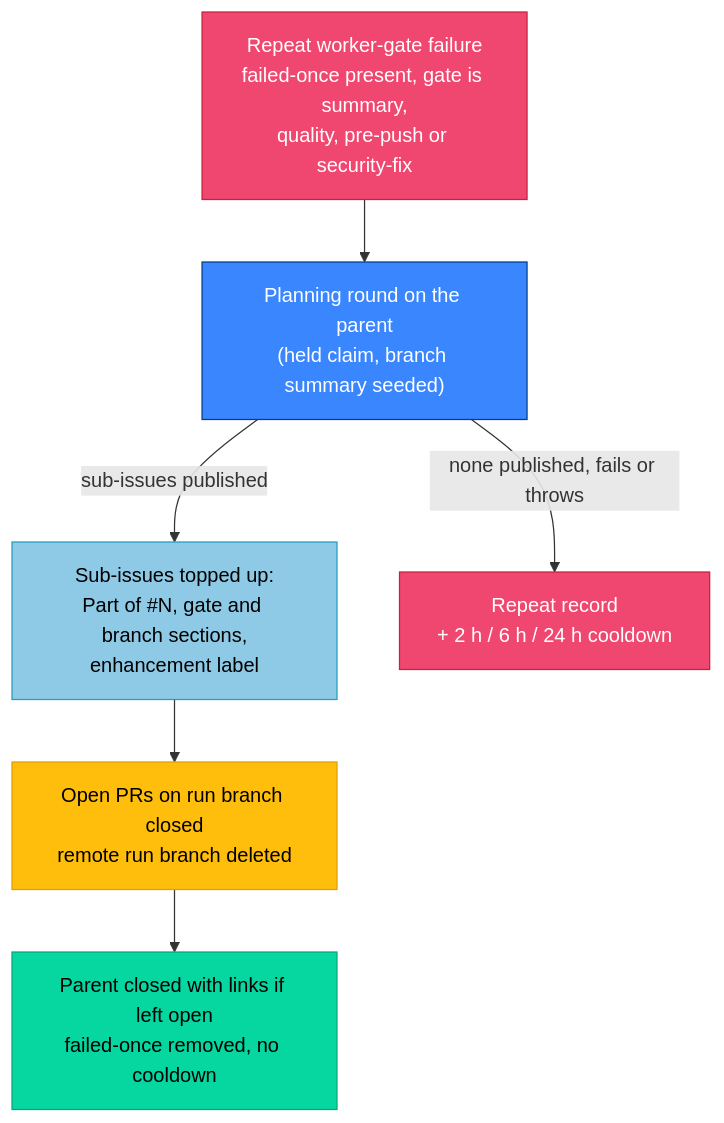
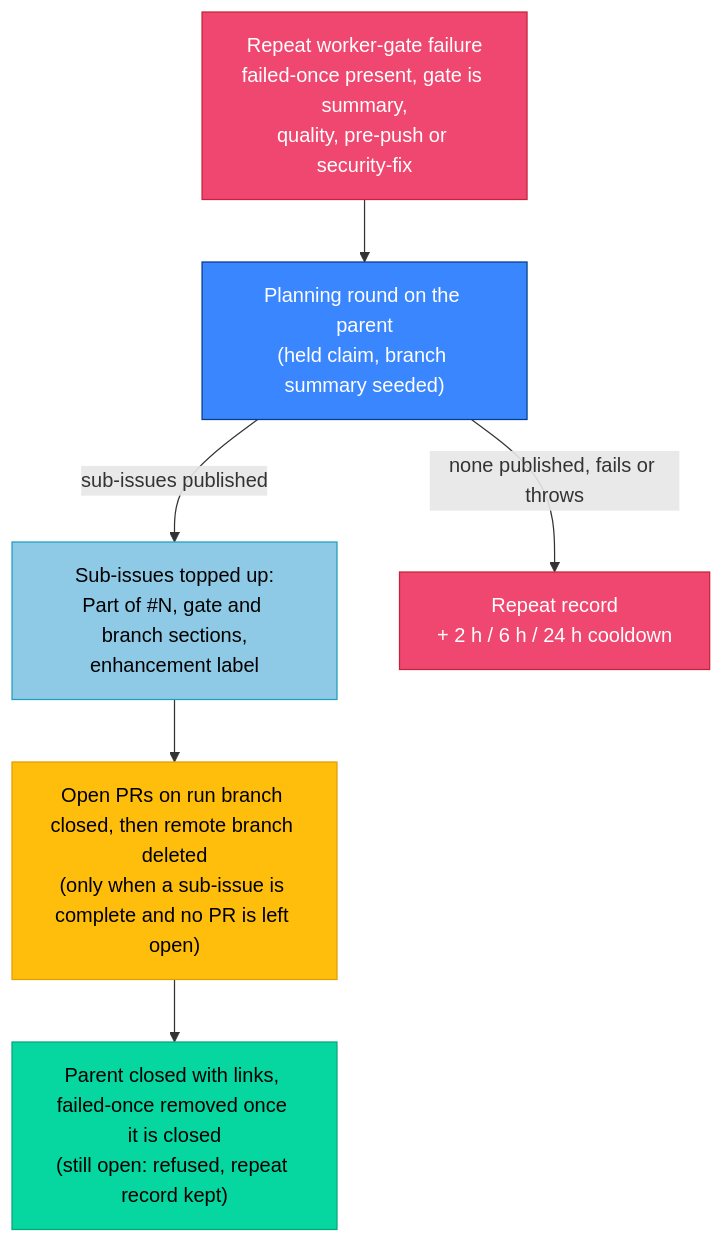
The third of 5 diagrams in docs/USAGE.md (stSoftwareAU/VibeCoder), drawn with Mermaid before and after one commit. The commit also changed other lines of this file and 6 other files, not shown here.

````diff
--- a/docs/USAGE.md
+++ b/docs/USAGE.md
@@ -399,15 +408,15 @@
 ```mermaid
 flowchart TD
     T["Repeat worker-gate failure<br/>failed-once present, gate is summary,<br/>quality, pre-push or security-fix"] --> P["Planning round on the parent<br/>(held claim, branch summary seeded)"]
     P -->|"sub-issues published"| S["Sub-issues topped up:<br/>Part of #N, gate and branch sections,<br/>enhancement label"]
-    S --> X["Open PRs on run branch closed<br/>remote run branch deleted"]
-    X --> Y["Parent closed with links if left open<br/>failed-once removed, no cooldown"]
+    S --> X["Open PRs on run branch closed, then remote branch deleted<br/>(only when a sub-issue is complete and no PR is left open)"]
+    X --> Y["Parent closed with links, failed-once removed once it is closed<br/>(still open: refused, repeat record kept)"]
     P -->|"none published, fails or throws"| R["Repeat record<br/>+ 2 h / 6 h / 24 h cooldown"]
 
     style T fill:#ef476f,stroke:#c5233c,color:#fff
     style P fill:#3a86ff,stroke:#023e8a,color:#fff
     style S fill:#8ecae6,stroke:#219ebc,color:#000
     style X fill:#ffbe0b,stroke:#e09f00,color:#000
     style Y fill:#06d6a0,stroke:#05a77d,color:#000
     style R fill:#ef476f,stroke:#c5233c,color:#fff
 ```
````
